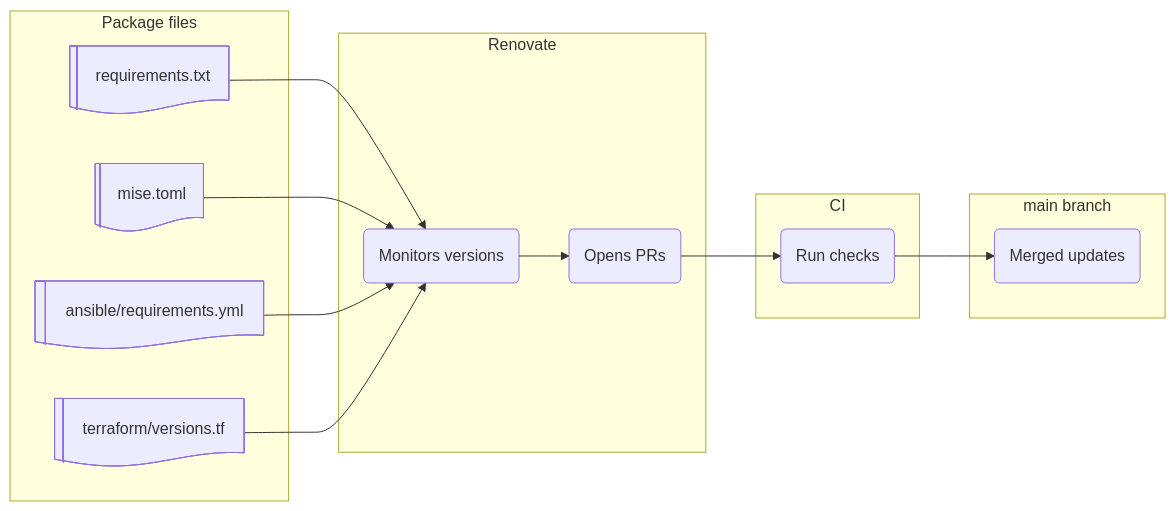
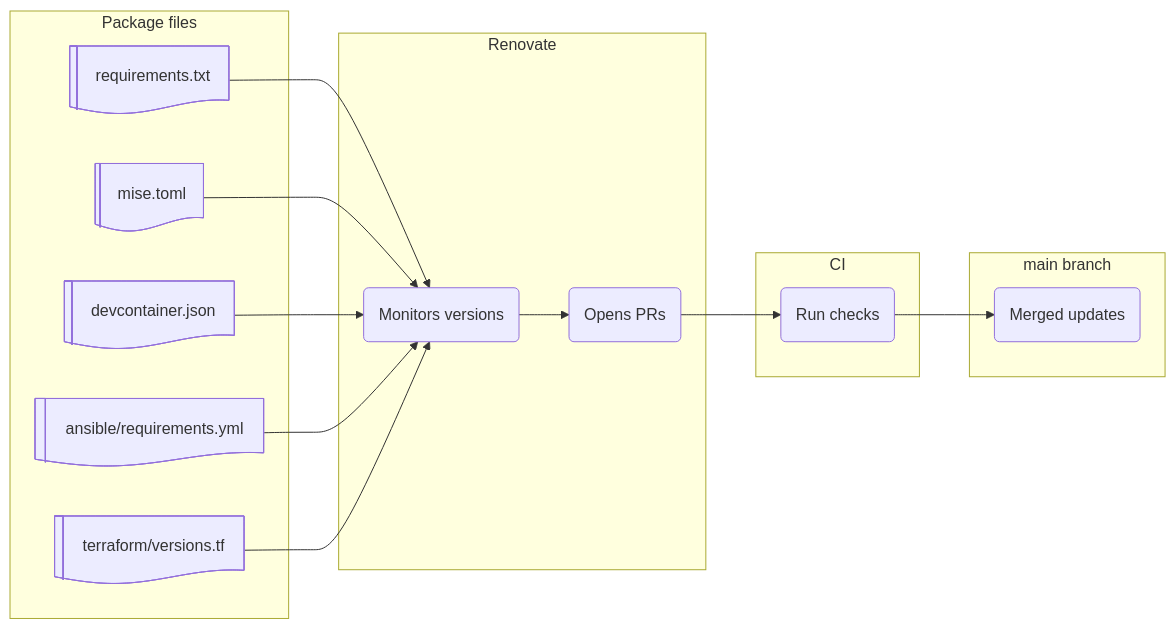
One commit to rednaw/iac changed the diagram in docs/technologies.md. Above: the diagram before and after it, drawn with Mermaid. The commit also changed other lines of this file and 1 other file, not shown here.

Commit message:
renovate devcontainer

````diff
--- a/docs/technologies.md
+++ b/docs/technologies.md
@@ -50,31 +51,33 @@
 ```mermaid
 flowchart LR
     subgraph FILES["Package files"]
         REQ@{ shape: lin-doc, label: "requirements.txt" }
         MISE@{ shape: lin-doc, label: "mise.toml" }
+        DC@{ shape: lin-doc, label: "devcontainer.json" }
         ANS@{ shape: lin-doc, label: "ansible/requirements.yml" }
         TF@{ shape: lin-doc, label: "terraform/versions.tf" }
     end
 
     subgraph RENOVATE["Renovate"]
         MONITOR(Monitors versions)
         PR(Opens PRs)
     end
 
     subgraph CI["CI"]
         CHECK(Run checks)
     end
 
     subgraph MAIN["main branch"]
         MERGE(Merged updates)
     end
 
     REQ --> MONITOR
     MISE --> MONITOR
+    DC --> MONITOR
     ANS --> MONITOR
     TF --> MONITOR
 
     MONITOR --> PR
     PR --> CHECK
     CHECK --> MERGE
 ```
````
